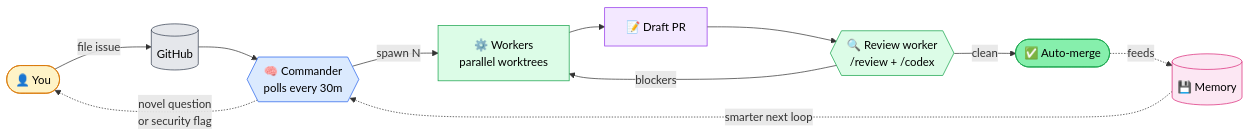
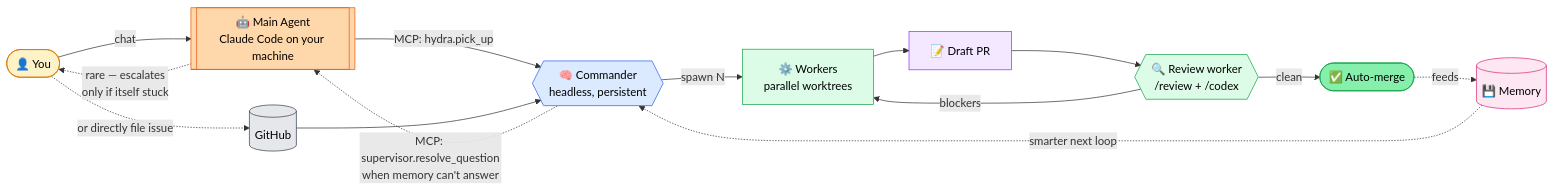
One commit to tonychang04/hydra changed the first of 2 diagrams in README.md. Above: the diagram before and after it, drawn with Mermaid. The commit also changed other lines of this file, not shown here.

Commit message:
README: Main Agent explicit in diagram + remove legacy-mode phrasing

````diff
--- a/README.md
+++ b/README.md
@@ -45,22 +44,26 @@
 ```mermaid
 flowchart LR
-    You([👤 You]) -->|file issue| GH[(GitHub)]
-    GH --> C{{🧠 Commander<br/>polls every 30m}}
+    You([👤 You]) -->|chat| MA[[🤖 Main Agent<br/>Claude Code on your machine]]
+    You -.->|or directly file issue| GH[(GitHub)]
+    MA -->|MCP: hydra.pick_up| C{{🧠 Commander<br/>headless, persistent}}
+    GH --> C
     C -->|spawn N| W[⚙️ Workers<br/>parallel worktrees]
     W --> PR[📝 Draft PR]
     PR --> R{{🔍 Review worker<br/>/review + /codex}}
     R -->|clean| M([✅ Auto-merge])
     R -->|blockers| W
     M -.->|feeds| Mem[(💾 Memory)]
     Mem -.->|smarter next loop| C
-    C -.->|novel question<br/>or security flag| You
+    C -.->|MCP: supervisor.resolve_question<br/>when memory can't answer| MA
+    MA -.->|rare — escalates<br/>only if itself stuck| You
 
     style You fill:#fef3c7,stroke:#d97706,color:#000
+    style MA fill:#fed7aa,stroke:#ea580c,color:#000
     style GH fill:#e5e7eb,stroke:#374151,color:#000
     style C fill:#dbeafe,stroke:#2563eb,color:#000
     style W fill:#dcfce7,stroke:#16a34a,color:#000
     style PR fill:#f3e8ff,stroke:#9333ea,color:#000
     style R fill:#dcfce7,stroke:#16a34a,color:#000
     style M fill:#86efac,stroke:#16a34a,color:#000
     style Mem fill:#fce7f3,stroke:#db2777,color:#000
 ```
````
